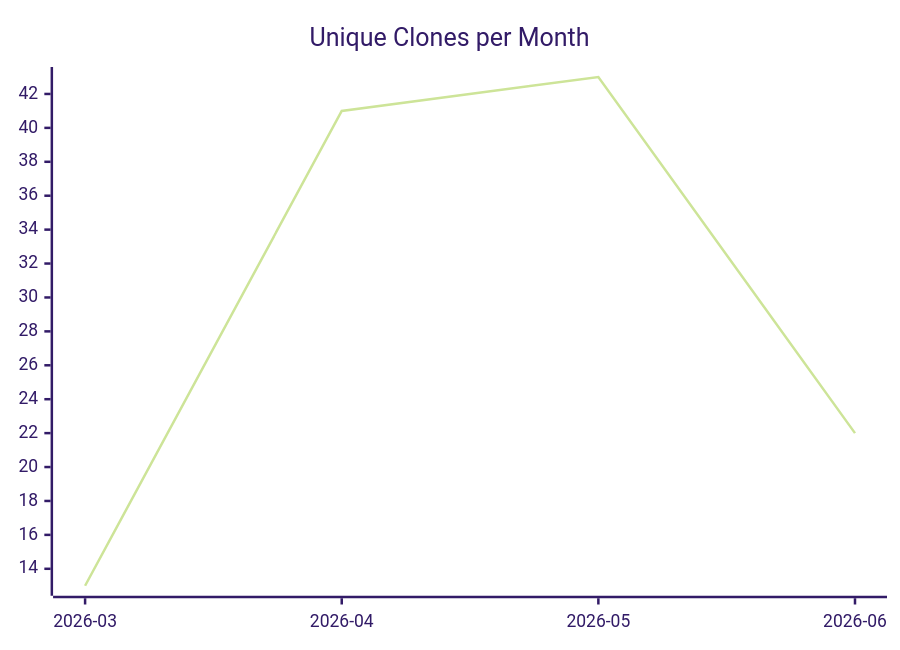
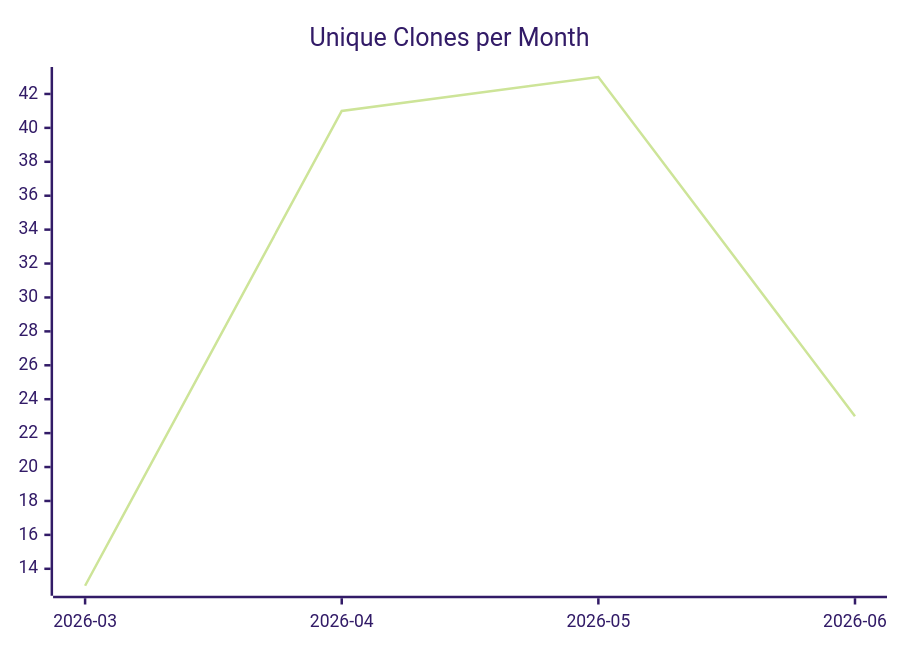
Before and after one commit to justdavis-family/github-analytics-data: the third of 3 diagrams in karlmdavis/usgs-water-api-java/README.md, drawn with Mermaid (forest theme). The commit also changed other lines of this file and 196 other files, not shown here.

````diff
--- a/karlmdavis/usgs-water-api-java/README.md
+++ b/karlmdavis/usgs-water-api-java/README.md
@@ -19,6 +19,6 @@
 ```mermaid
 xychart-beta
   title "Unique Clones per Month"
   x-axis ["2026-03", "2026-04", "2026-05", "2026-06"]
-  line [13, 41, 43, 22]
+  line [13, 41, 43, 23]
 ```
````
